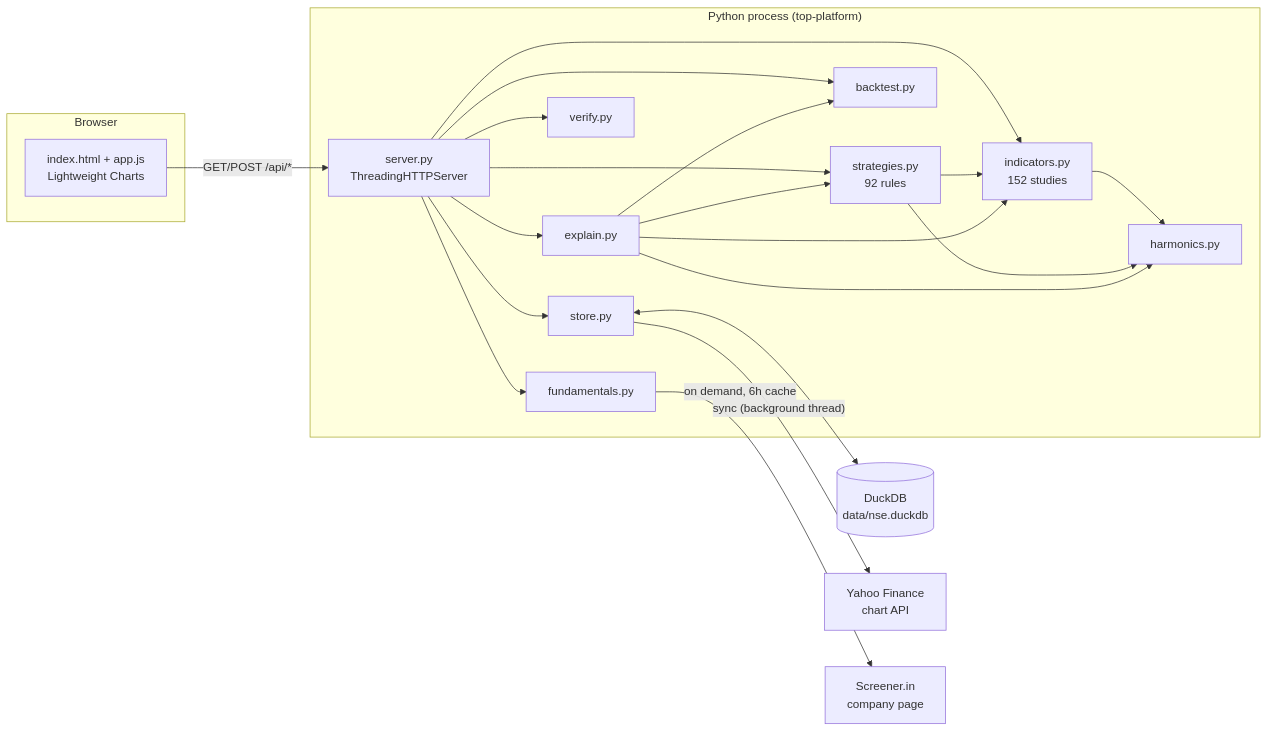
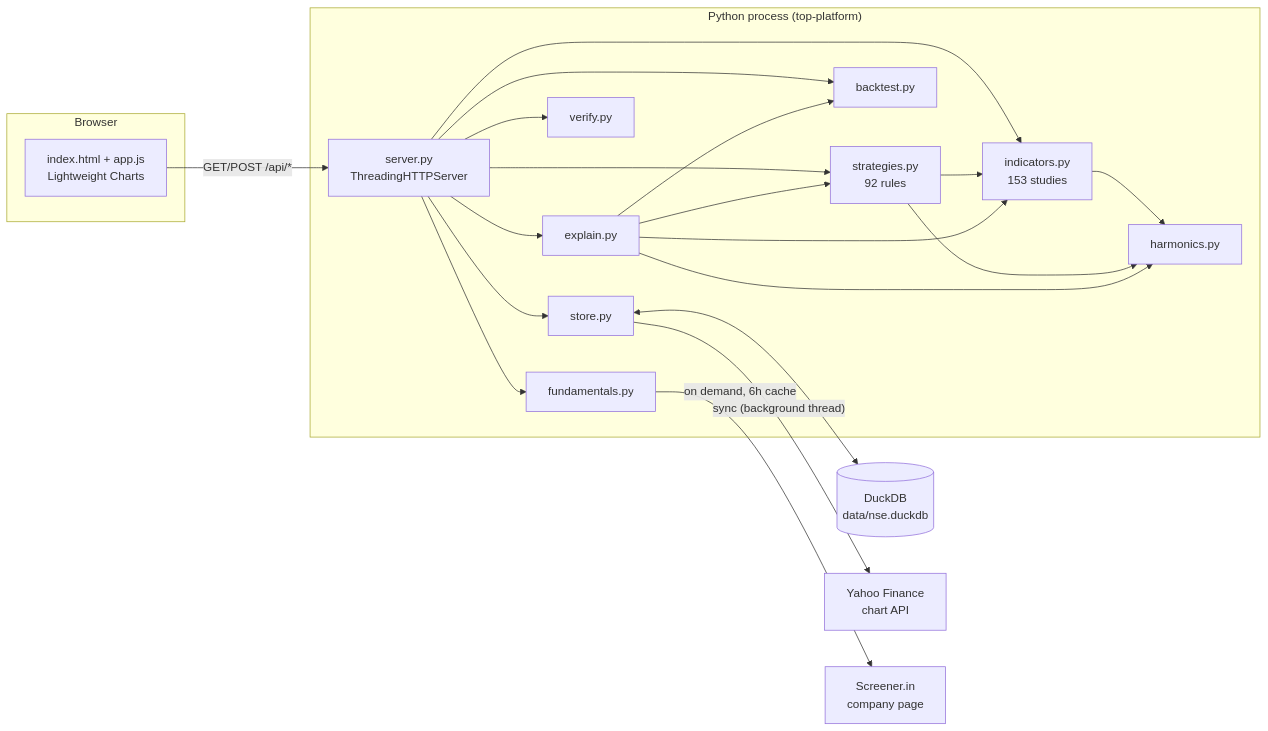
The first of 3 diagrams in docs/design.md (garv08/Trade-Observability-Platform), drawn with Mermaid before and after one commit. The commit also changed other lines of this file and 26 other files, not shown here.

````diff
--- a/docs/design.md
+++ b/docs/design.md
@@ -28,31 +28,31 @@
 ```mermaid
 flowchart LR
   subgraph Browser
     UI["index.html + app.js<br/>Lightweight Charts"]
   end
   subgraph "Python process (top-platform)"
     S["server.py<br/>ThreadingHTTPServer"]
-    IND["indicators.py<br/>152 studies"]
+    IND["indicators.py<br/>153 studies"]
     STR["strategies.py<br/>92 rules"]
     BT["backtest.py"]
     HAR["harmonics.py"]
     EX["explain.py"]
     FUN["fundamentals.py"]
     VER["verify.py"]
     ST["store.py"]
   end
   DB[("DuckDB<br/>data/nse.duckdb")]
   Y["Yahoo Finance<br/>chart API"]
   SC["Screener.in<br/>company page"]
 
   UI -- "GET/POST /api/*" --> S
   S --> IND & STR & BT & EX & FUN & VER
   STR --> IND
   IND --> HAR
   STR --> HAR
   EX --> IND & STR & BT & HAR
   S --> ST
   ST <--> DB
   ST -- "sync (background thread)" --> Y
   FUN -- "on demand, 6h cache" --> SC
 ```
````
